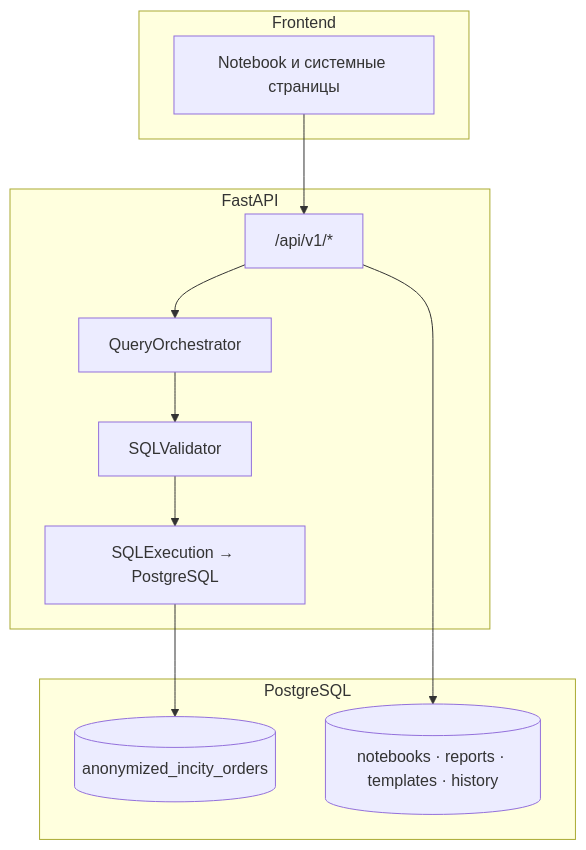
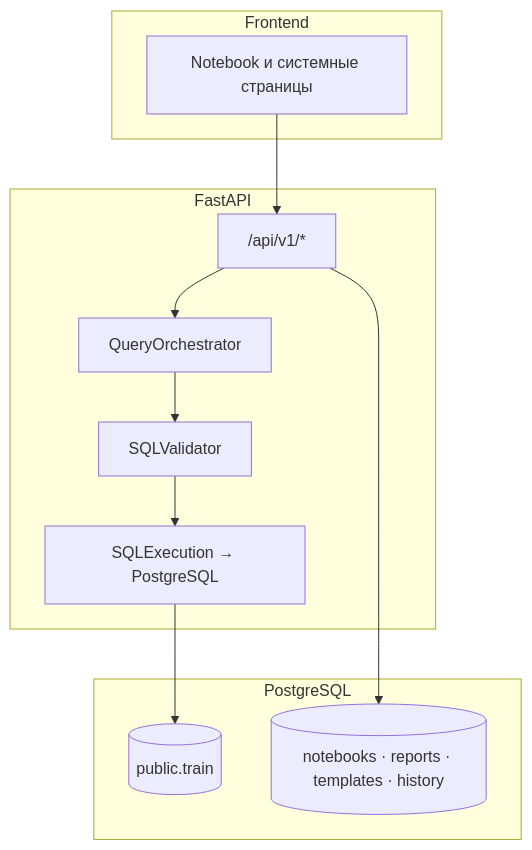
Before and after one commit to TronTanya/Drivee-Analytics: the diagram in README.md, drawn with Mermaid. The commit also changed other lines of this file and 173 other files, not shown here.

````diff
--- a/README.md
+++ b/README.md
@@ -81,22 +96,22 @@
 ```mermaid
 flowchart TB
   subgraph fe["Frontend"]
     NB[Notebook и системные страницы]
   end
   subgraph api["FastAPI"]
     R["/api/v1/*"]
     ORC[QueryOrchestrator]
     VAL[SQLValidator]
     EXE[SQLExecution → PostgreSQL]
   end
   subgraph db["PostgreSQL"]
-    ORD[(anonymized_incity_orders)]
+    ORD[(public.train)]
     ART[(notebooks · reports · templates · history)]
   end
   NB --> R
   R --> ORC
   ORC --> VAL
   VAL --> EXE
   EXE --> ORD
   R --> ART
 ```
````
